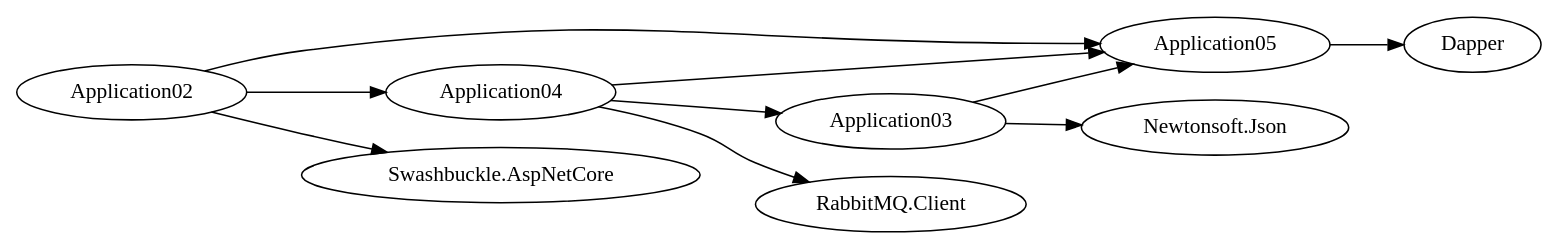
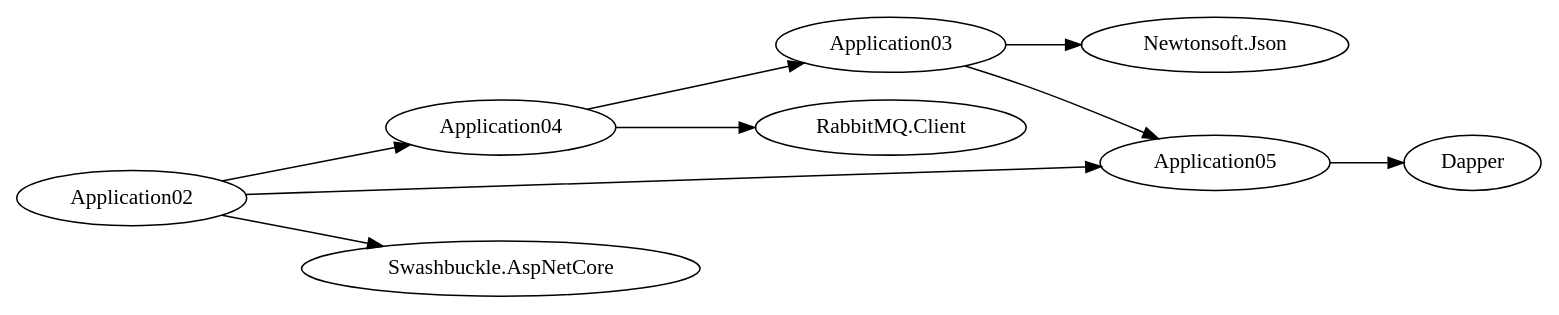
The diagram in dependency_graph.dot (eduardocf/ADM), drawn with Graphviz before and after one commit. The commit also changed 3 other files, not shown here.

```diff
--- a/dependency_graph.dot
+++ b/dependency_graph.dot
@@ -1,12 +1,11 @@
 digraph Dependencies {
   rankdir=LR;
   "Application02" -> "Application04";
   "Application02" -> "Application05";
   "Application02" -> "Swashbuckle.AspNetCore";
   "Application03" -> "Application05";
   "Application03" -> "Newtonsoft.Json";
   "Application04" -> "Application03";
-  "Application04" -> "Application05";
   "Application04" -> "RabbitMQ.Client";
   "Application05" -> "Dapper";
 }
```
